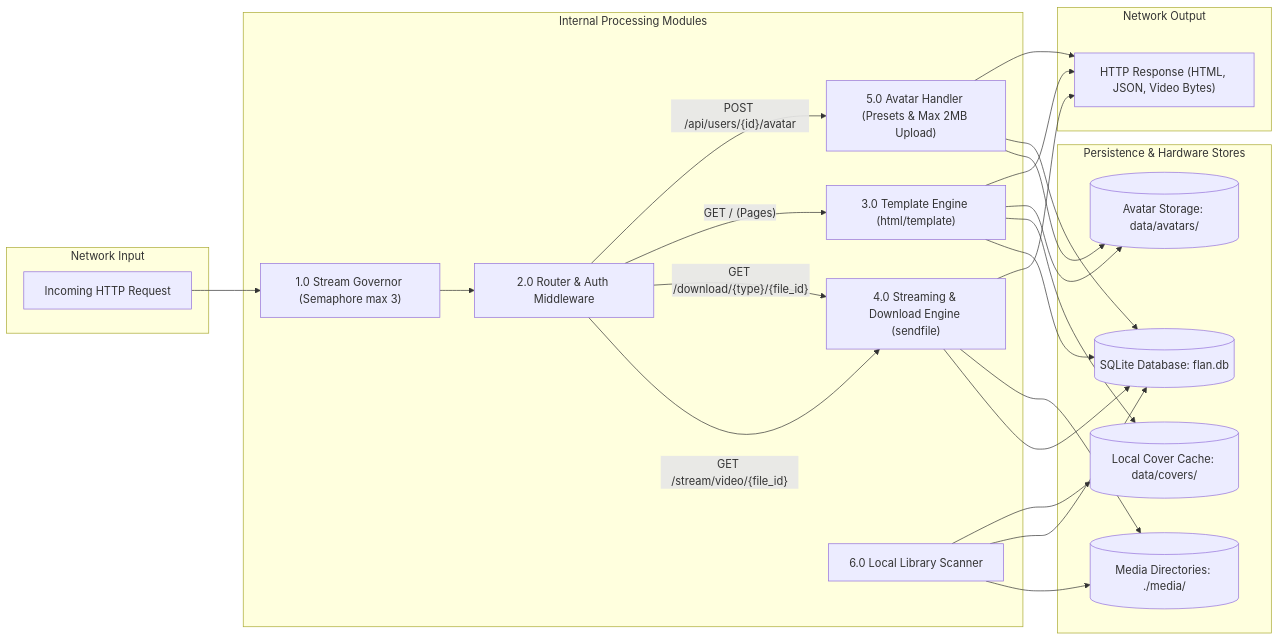
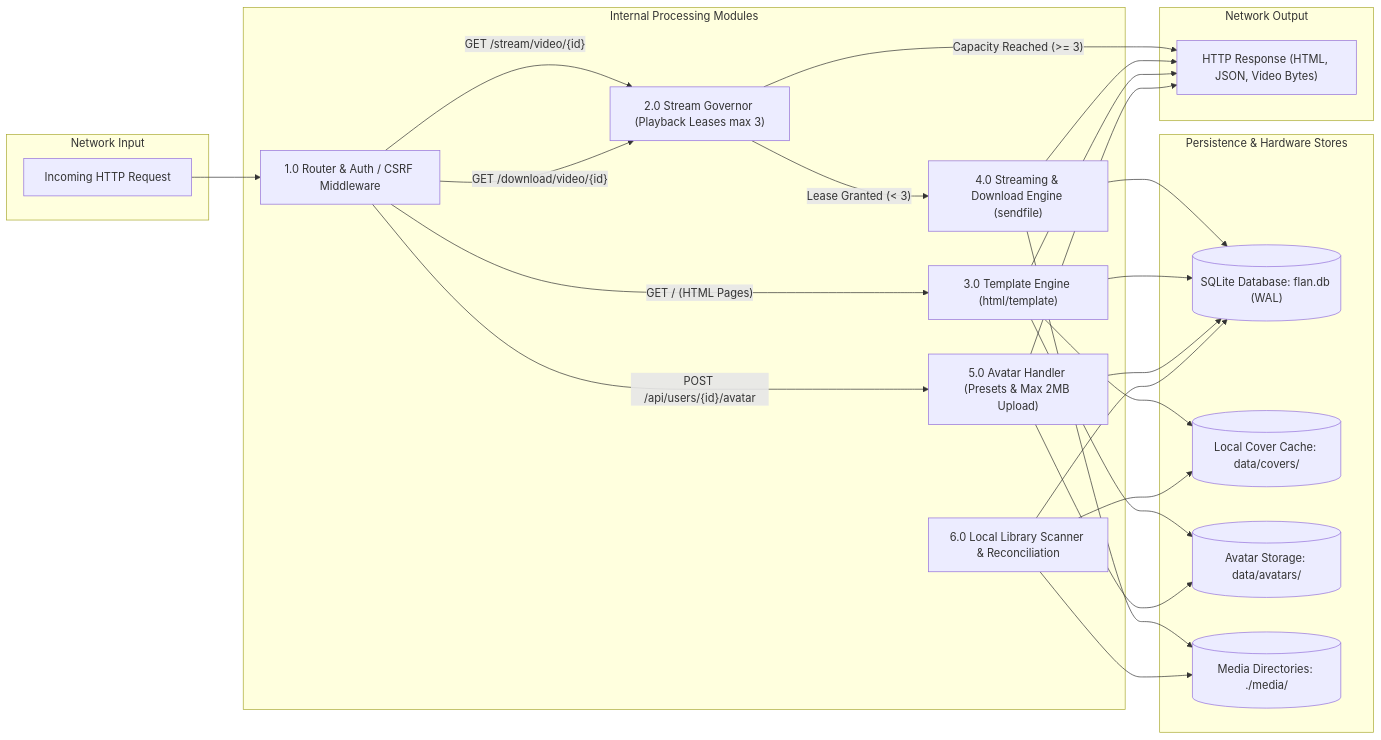
The second of 6 diagrams in docs/diagrams/data-flow.md (WesleyEsq/Flan-Media-Server), drawn with Mermaid before and after one commit. The commit also changed other lines of this file and 26 other files, not shown here.

````diff
--- a/docs/diagrams/data-flow.md
+++ b/docs/diagrams/data-flow.md
@@ -43,46 +43,47 @@
 ```mermaid
 flowchart LR
     subgraph Input["Network Input"]
         Request["Incoming HTTP Request"]
     end
 
     subgraph Core["Internal Processing Modules"]
-        Governor["1.0 Stream Governor (Semaphore max 3)"]
-        Router["2.0 Router & Auth Middleware"]
+        Router["1.0 Router & Auth / CSRF Middleware"]
+        Governor["2.0 Stream Governor (Playback Leases max 3)"]
         PageEngine["3.0 Template Engine (html/template)"]
         StreamEngine["4.0 Streaming & Download Engine (sendfile)"]
         AvatarEngine["5.0 Avatar Handler (Presets & Max 2MB Upload)"]
-        Scanner["6.0 Local Library Scanner"]
+        Scanner["6.0 Local Library Scanner & Reconciliation"]
     end
 
     subgraph Stores["Persistence & Hardware Stores"]
-        SQLite[("SQLite Database: flan.db")]
+        SQLite[("SQLite Database: flan.db (WAL)")]
         Covers[("Local Cover Cache: data/covers/")]
         Avatars[("Avatar Storage: data/avatars/")]
         HostDrives[("Media Directories: ./media/")]
     end
 
     subgraph Output["Network Output"]
         Response["HTTP Response (HTML, JSON, Video Bytes)"]
     end
 
-    Request --> Governor
-    Governor --> Router
-    Router -- "GET /stream/video/{file_id}" --> StreamEngine
-    Router -- "GET /download/{type}/{file_id}" --> StreamEngine
-    Router -- "GET / (Pages)" --> PageEngine
+    Request --> Router
+    Router -- "GET /stream/video/{id}" --> Governor
+    Router -- "GET /download/video/{id}" --> Governor
+    Governor -- "Lease Granted (< 3)" --> StreamEngine
+    Governor -- "Capacity Reached (>= 3)" --> Response
+    Router -- "GET / (HTML Pages)" --> PageEngine
     Router -- "POST /api/users/{id}/avatar" --> AvatarEngine
     StreamEngine --> SQLite
     StreamEngine --> HostDrives
     StreamEngine --> Response
     PageEngine --> SQLite
     PageEngine --> Covers
     PageEngine --> Avatars
     PageEngine --> Response
     AvatarEngine --> Avatars
     AvatarEngine --> SQLite
     AvatarEngine --> Response
     Scanner --> HostDrives
     Scanner --> SQLite
     Scanner --> Covers
 ```
````
